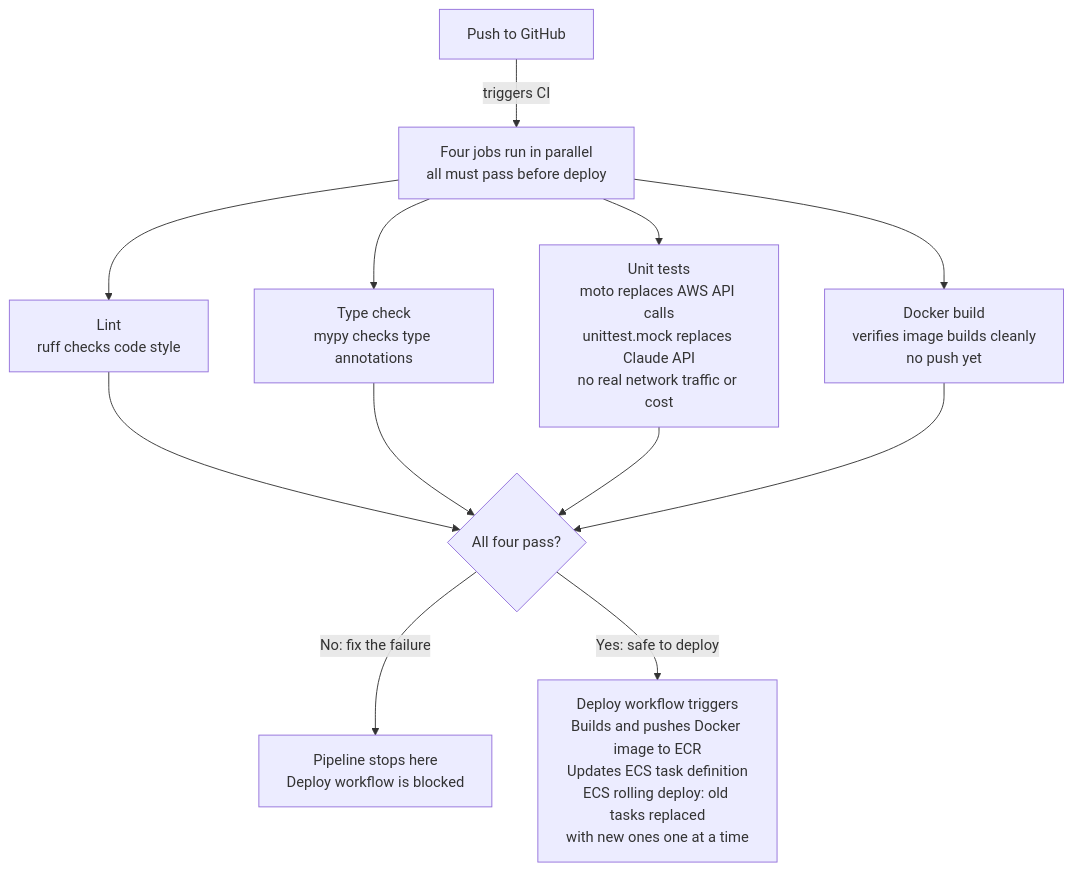
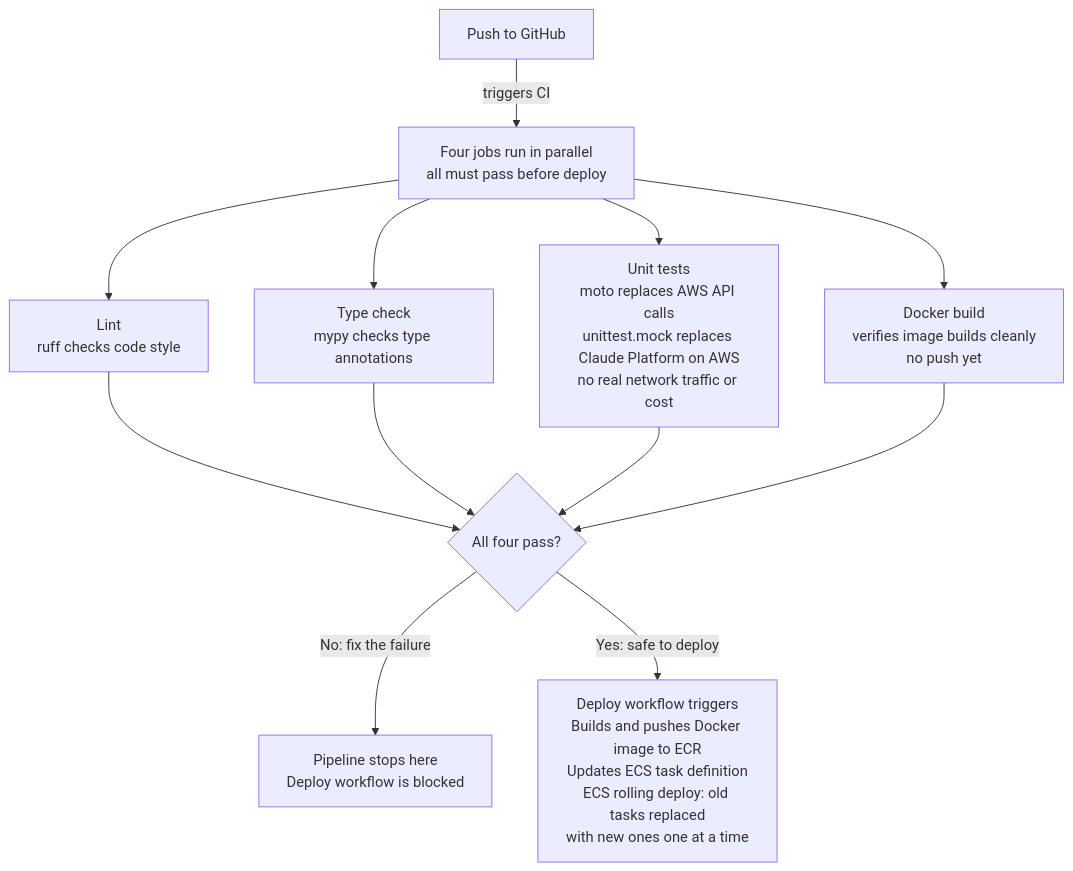
One commit to enterprise-data-platform-emeka/platform-analytics-agent changed the fourth of 4 diagrams in README.md. Above: the diagram before and after it, drawn with Mermaid. The commit also changed other lines of this file and 8 other files, not shown here.

First line of the commit message:
Docs/update claude aws references (#26)

````diff
--- a/README.md
+++ b/README.md
@@ -1449,14 +1471,14 @@
 ```mermaid
 flowchart TD
     A[Push to GitHub] -->|triggers CI| B[Four jobs run in parallel\nall must pass before deploy]
     B --> C[Lint\nruff checks code style]
     B --> D[Type check\nmypy checks type annotations]
-    B --> E[Unit tests\nmoto replaces AWS API calls\nunittest.mock replaces Claude API\nno real network traffic or cost]
+    B --> E[Unit tests\nmoto replaces AWS API calls\nunittest.mock replaces Claude Platform on AWS\nno real network traffic or cost]
     B --> F[Docker build\nverifies image builds cleanly\nno push yet]
     C --> G{All four pass?}
     D --> G
     E --> G
     F --> G
     G -->|No: fix the failure| H[Pipeline stops here\nDeploy workflow is blocked]
     G -->|Yes: safe to deploy| I[Deploy workflow triggers\nBuilds and pushes Docker image to ECR\nUpdates ECS task definition\nECS rolling deploy: old tasks replaced\nwith new ones one at a time]
 ```
````
